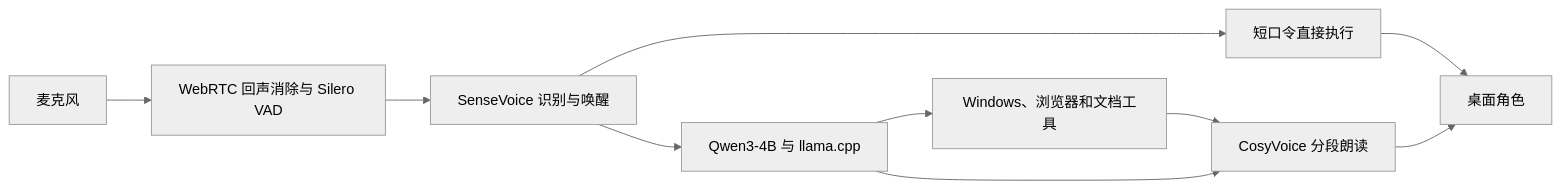
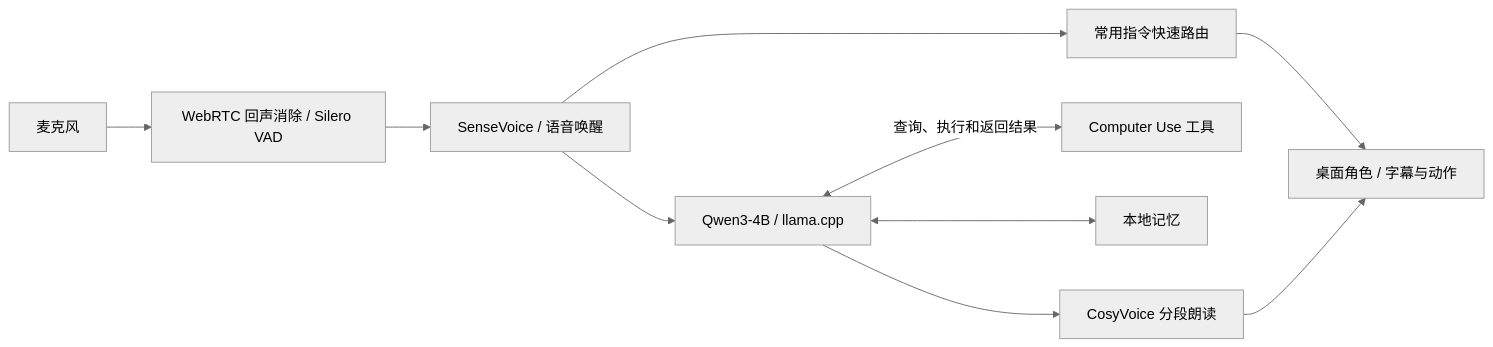
Before and after one commit to wuqiwuxin5757/yinyue: the diagram in README.md, drawn with Mermaid (neutral theme). The commit also changed other lines of this file and 2 other files, not shown here.

Commit message:
Showcase YinYue computer use, voice cloning, and 3D avatar

````diff
--- a/README.md
+++ b/README.md
@@ -18,12 +45,12 @@
 ```mermaid
 flowchart LR
-    A[麦克风] --> B[WebRTC 回声消除与 Silero VAD]
-    B --> C[SenseVoice 识别与唤醒]
-    C --> D[短口令直接执行]
-    C --> E[Qwen3-4B 与 llama.cpp]
-    E --> F[Windows、浏览器和文档工具]
-    D --> G[桌面角色]
-    F --> H[CosyVoice 分段朗读]
-    E --> H
-    H --> G
+    A[麦克风] --> B[WebRTC 回声消除 / Silero VAD]
+    B --> C[SenseVoice / 语音唤醒]
+    C --> D[Qwen3-4B / llama.cpp]
+    C --> E[常用指令快速路由]
+    D <-->|查询、执行和返回结果| F[Computer Use 工具]
+    D <--> M[本地记忆]
+    D --> G[CosyVoice 分段朗读]
+    E --> H[桌面角色 / 字幕与动作]
+    G --> H
 ```
````
